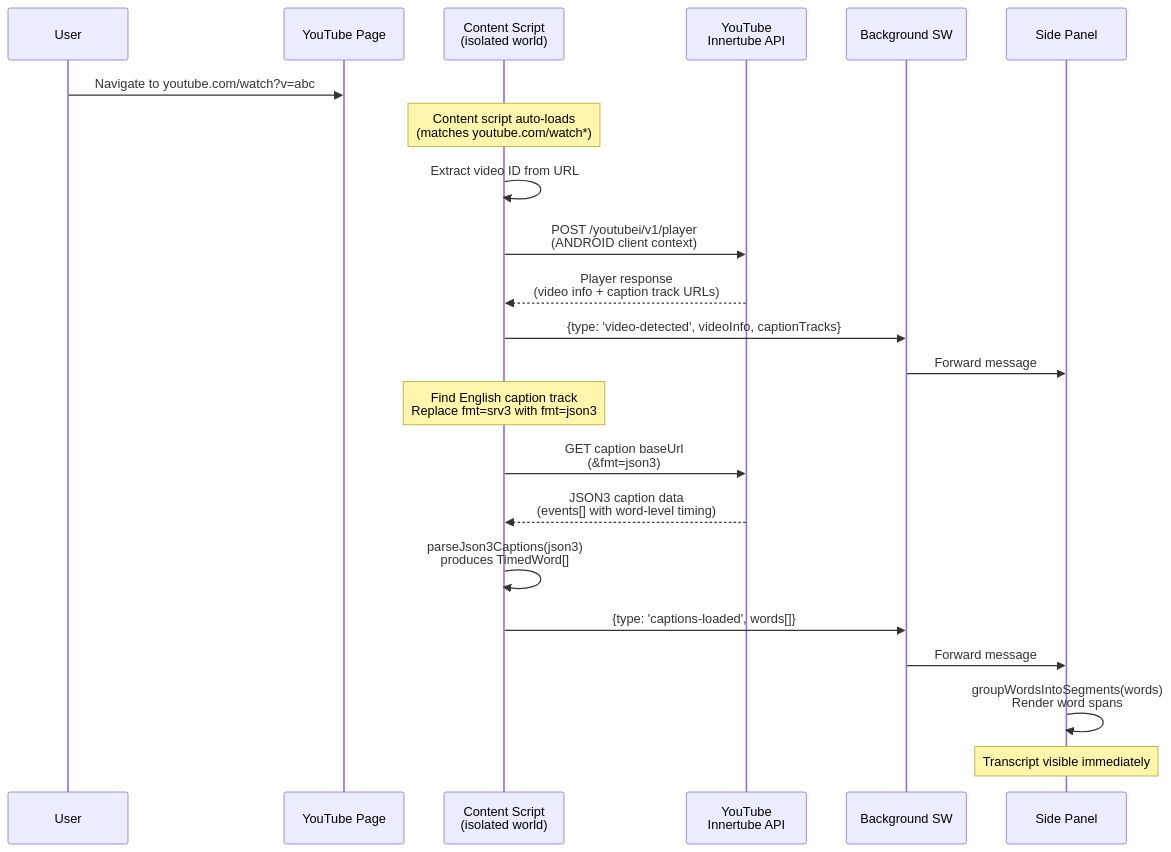
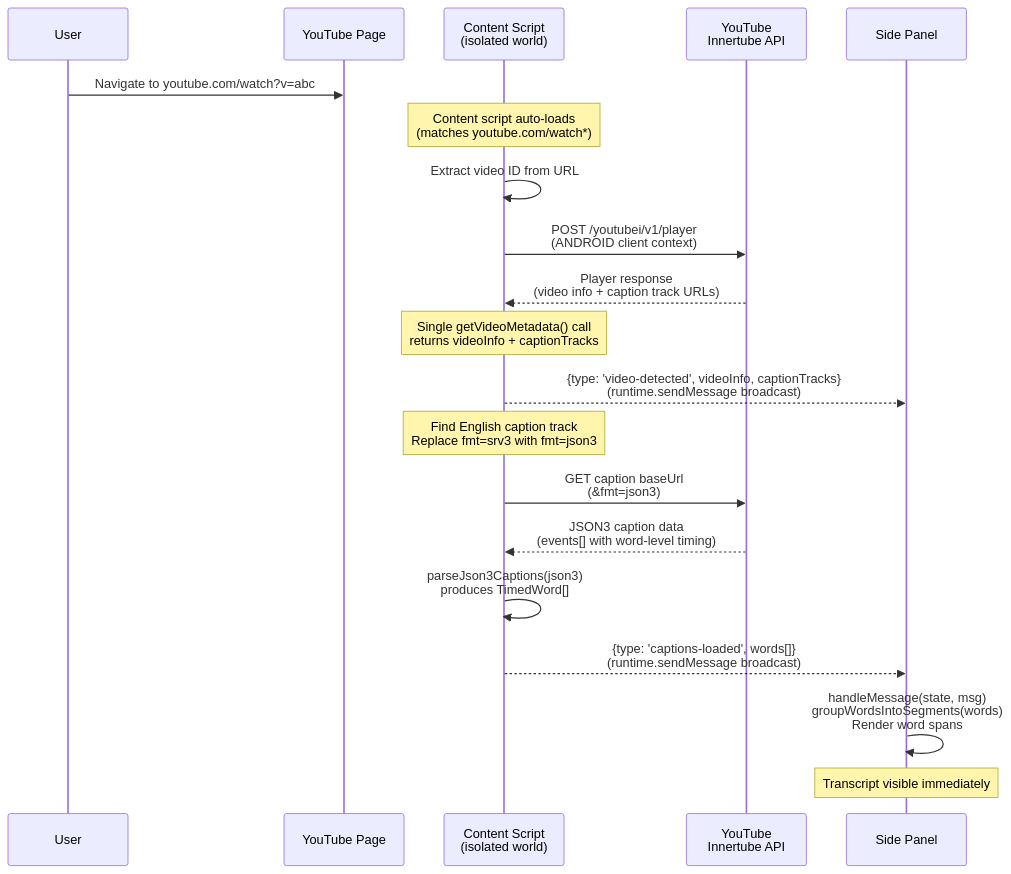
One commit to tednaleid/quoth changed the second of 7 diagrams in docs/spec/architecture.md. Above: the diagram before and after it, drawn with Mermaid. The commit also changed other lines of this file, not shown here.

First line of the commit message:
Rewrite architecture.md: direct messaging, Firefox, TabConnector

````diff
--- a/docs/spec/architecture.md
+++ b/docs/spec/architecture.md
@@ -45,30 +71,29 @@
 ```mermaid
 sequenceDiagram
     participant User
     participant YT as YouTube Page
     participant CS as Content Script<br/>(isolated world)
     participant Innertube as YouTube<br/>Innertube API
-    participant BG as Background SW
     participant SP as Side Panel
 
     User->>YT: Navigate to youtube.com/watch?v=abc
     Note over CS: Content script auto-loads<br/>(matches youtube.com/watch*)
 
     CS->>CS: Extract video ID from URL
     CS->>Innertube: POST /youtubei/v1/player<br/>(ANDROID client context)
     Innertube-->>CS: Player response<br/>(video info + caption track URLs)
 
-    CS->>BG: {type: 'video-detected', videoInfo, captionTracks}
-    BG->>SP: Forward message
+    Note over CS: Single getVideoMetadata() call<br/>returns videoInfo + captionTracks
+
+    CS-->>SP: {type: 'video-detected', videoInfo, captionTracks}<br/>(runtime.sendMessage broadcast)
 
     Note over CS: Find English caption track<br/>Replace fmt=srv3 with fmt=json3
     CS->>Innertube: GET caption baseUrl<br/>(&fmt=json3)
     Innertube-->>CS: JSON3 caption data<br/>(events[] with word-level timing)
 
     CS->>CS: parseJson3Captions(json3)<br/>produces TimedWord[]
-    CS->>BG: {type: 'captions-loaded', words[]}
-    BG->>SP: Forward message
+    CS-->>SP: {type: 'captions-loaded', words[]}<br/>(runtime.sendMessage broadcast)
 
-    SP->>SP: groupWordsIntoSegments(words)<br/>Render word spans
+    SP->>SP: handleMessage(state, msg)<br/>groupWordsIntoSegments(words)<br/>Render word spans
     Note over SP: Transcript visible immediately
 ```
````
